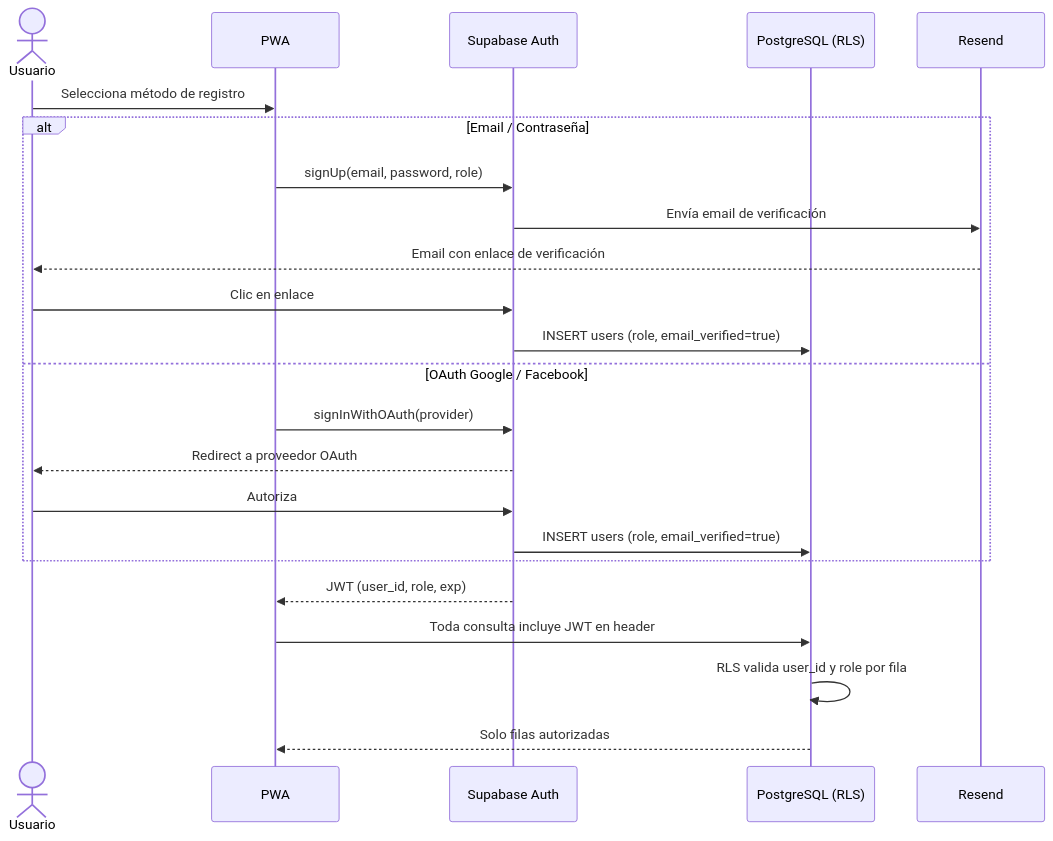
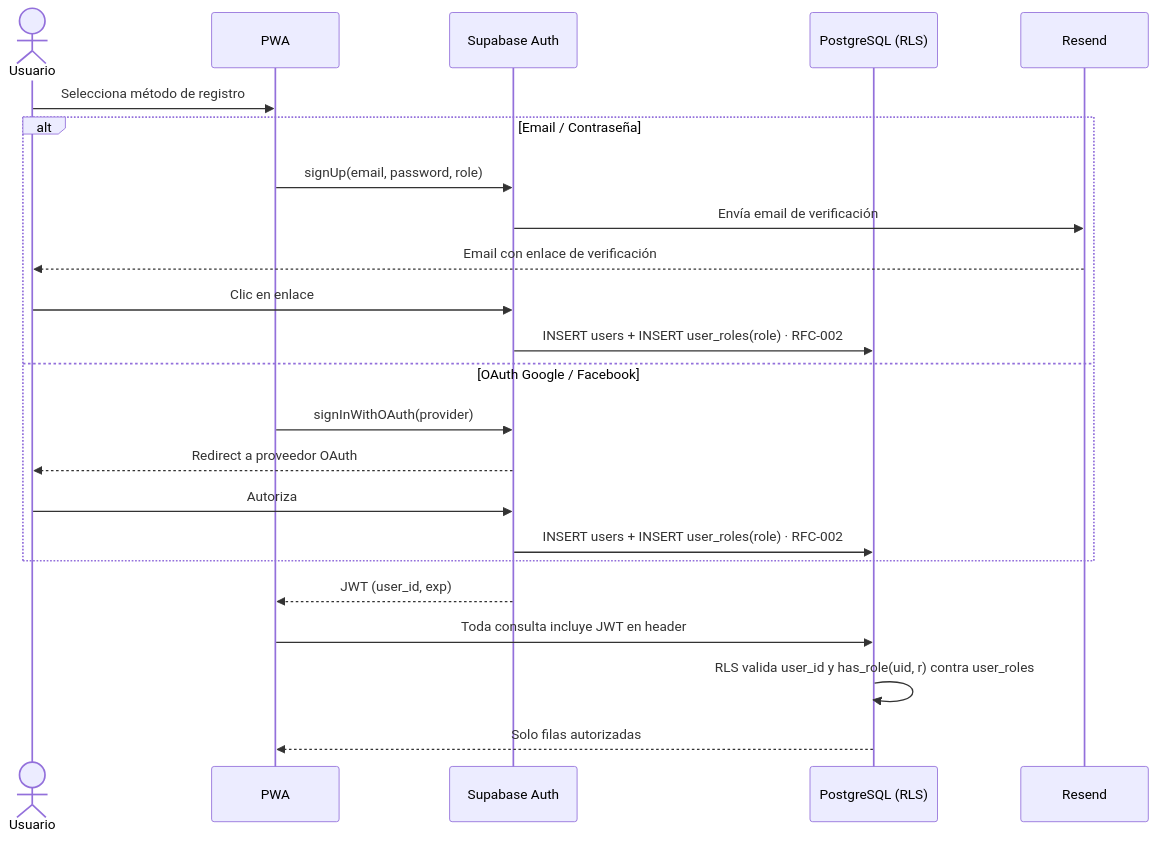
Before and after one commit to NachoGonzalezParks/Appatitas: the sixth of 22 diagrams in docs/system-architecture.md, drawn with Mermaid. The commit also changed other lines of this file and 21 other files, not shown here.

````diff
--- a/docs/system-architecture.md
+++ b/docs/system-architecture.md
@@ -318,27 +355,27 @@
 ```mermaid
 sequenceDiagram
     actor U as Usuario
     participant PWA
     participant AUTH as Supabase Auth
     participant DB as PostgreSQL (RLS)
     participant RS as Resend
 
     U->>PWA: Selecciona método de registro
     alt Email / Contraseña
         PWA->>AUTH: signUp(email, password, role)
         AUTH->>RS: Envía email de verificación
         RS-->>U: Email con enlace de verificación
         U->>AUTH: Clic en enlace
-        AUTH->>DB: INSERT users (role, email_verified=true)
+        AUTH->>DB: INSERT users + INSERT user_roles(role) · RFC-002
     else OAuth Google / Facebook
         PWA->>AUTH: signInWithOAuth(provider)
         AUTH-->>U: Redirect a proveedor OAuth
         U->>AUTH: Autoriza
-        AUTH->>DB: INSERT users (role, email_verified=true)
+        AUTH->>DB: INSERT users + INSERT user_roles(role) · RFC-002
     end
 
-    AUTH-->>PWA: JWT (user_id, role, exp)
+    AUTH-->>PWA: JWT (user_id, exp)
     PWA->>DB: Toda consulta incluye JWT en header
-    DB->>DB: RLS valida user_id y role por fila
+    DB->>DB: RLS valida user_id y has_role(uid, r) contra user_roles
     DB-->>PWA: Solo filas autorizadas
 ```
````
